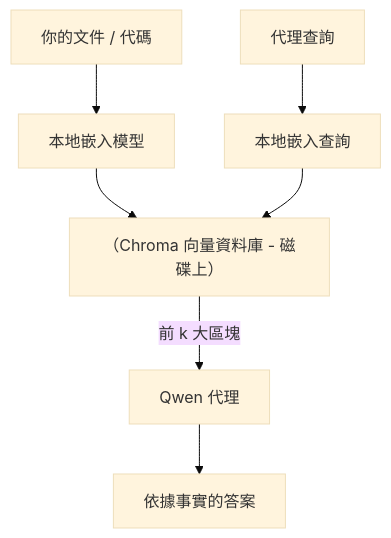
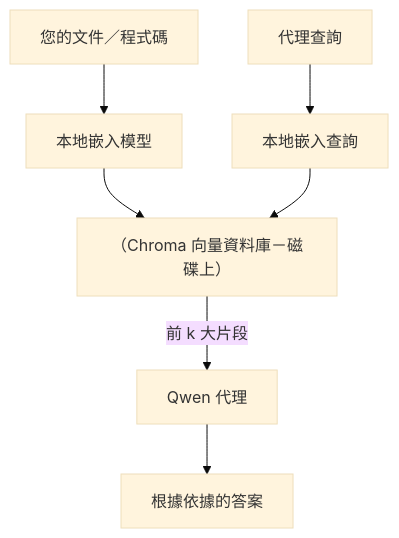
The third of 4 diagrams in mirrors/repos/microsoft@ai-agents-for-beginners/translations/zh-TW/17-creating-local-ai-agents/README.md (gabrielmoreira/agent-skills-mirror), drawn with Mermaid (base theme) before and after one commit. The commit also changed other lines of this file and 4262 other files, not shown here.

````diff
--- a/mirrors/repos/microsoft@ai-agents-for-beginners/translations/zh-TW/17-creating-local-ai-agents/README.md
+++ b/mirrors/repos/microsoft@ai-agents-for-beginners/translations/zh-TW/17-creating-local-ai-agents/README.md
@@ -125,9 +125,9 @@
 ```mermaid
 flowchart TB
-    D[你的文件 / 代碼] --> E[本地嵌入模型]
-    E --> V[（Chroma 向量資料庫 - 磁碟上）]
+    D[您的文件／程式碼] --> E[本地嵌入模型]
+    E --> V[（Chroma 向量資料庫－磁碟上）]
     Q[代理查詢] --> QE[本地嵌入查詢]
     QE --> V
-    V -->|前 k 大區塊| A[Qwen 代理]
-    A --> Ans[依據事實的答案]
+    V -->|前 k 大片段| A[Qwen 代理]
+    A --> Ans[根據依據的答案]
 ```
````
